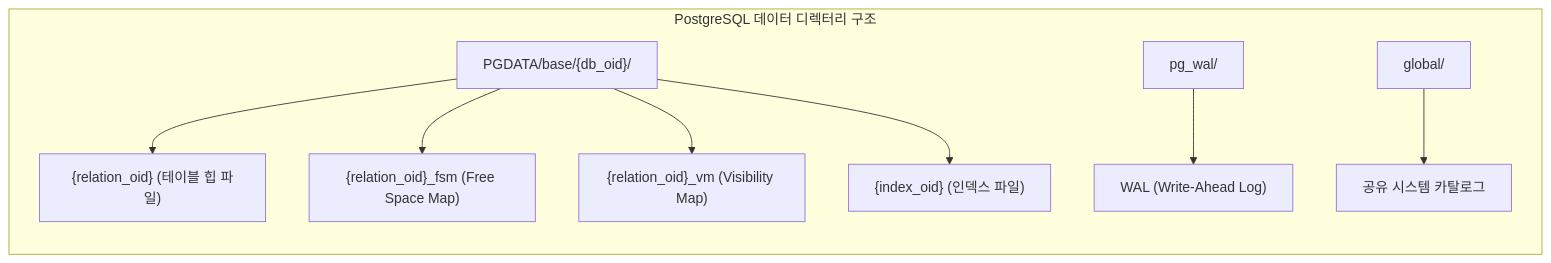
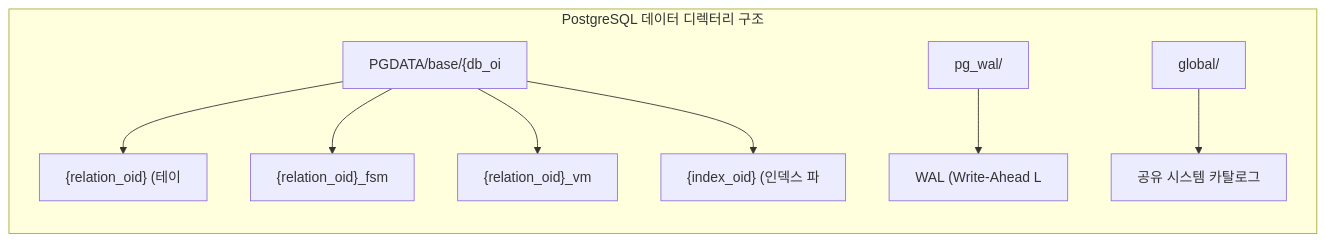
The third of 15 diagrams in _posts/db/2026-05-01-db-comparison.md (yjkim2015/yjkim2015.github.io), drawn with Mermaid before and after one commit. The commit also changed other lines of this file and 271 other files, not shown here.

First line of the commit message:
Mermaid 라벨 축소: 긴 노드 텍스트 18자 이하로 트림 + \n 제거

````diff
--- a/_posts/db/2026-05-01-db-comparison.md
+++ b/_posts/db/2026-05-01-db-comparison.md
@@ -85,11 +85,11 @@
 ```mermaid
 graph LR
     subgraph "PostgreSQL 데이터 디렉터리 구조"
-        A["PGDATA/base/{db_oid}/"] --> B["{relation_oid} (테이블 힙 파일)"]
-        A --> C["{relation_oid}_fsm (Free Space Map)"]
-        A --> D["{relation_oid}_vm (Visibility Map)"]
-        A --> E["{index_oid} (인덱스 파일)"]
-        F["pg_wal/"] --> G["WAL (Write-Ahead Log)"]
+        A["PGDATA/base/{db_oi"] --> B["{relation_oid} (테이"]
+        A --> C["{relation_oid}_fsm"]
+        A --> D["{relation_oid}_vm"]
+        A --> E["{index_oid} (인덱스 파"]
+        F["pg_wal/"] --> G["WAL (Write-Ahead L"]
         H["global/"] --> I["공유 시스템 카탈로그"]
     end
 ```
````
